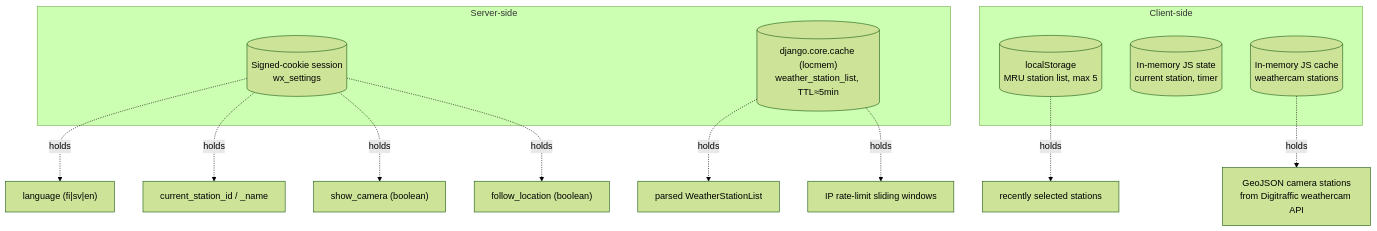
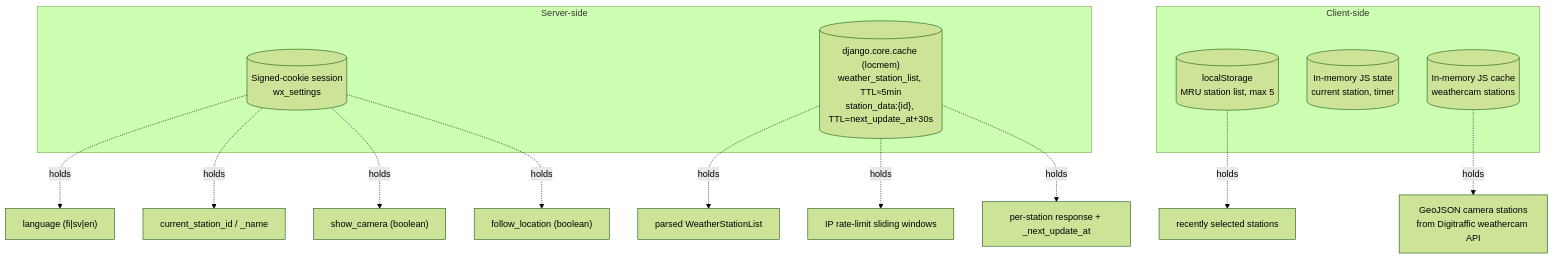
One commit to jjankkil/weatherview-django changed the sixth of 9 diagrams in docs/ARCHITECTURE.md. Above: the diagram before and after it, drawn with Mermaid (forest theme). The commit also changed other lines of this file and 7 other files, not shown here.

Commit message:
Fix automatic refresh and improve server-side caching: correct countdown timer cancellation, serve accurate remaining time from cache, bypass cache only on scheduled refresh, fix 90 s TTL caused by dead interval logic

````diff
--- a/docs/ARCHITECTURE.md
+++ b/docs/ARCHITECTURE.md
@@ -338,21 +335,22 @@
 ```mermaid
 flowchart TB
     subgraph Server-side
         S1[("Signed-cookie session<br/>wx_settings")]
-        S2[("django.core.cache (locmem)<br/>weather_station_list, TTL≈5min")]
+        S2[("django.core.cache (locmem)<br/>weather_station_list, TTL≈5min<br/>station_data:{id}, TTL=next_update_at+30s")]
     end
     subgraph Client-side
         C1[("localStorage<br/>MRU station list, max 5")]
         C2[("In-memory JS state<br/>current station, timer")]
         C3[("In-memory JS cache<br/>weathercam stations")]
     end
 
     S1 -.holds.-> K2["language (fi|sv|en)"]
     S1 -.holds.-> K3["current_station_id / _name"]
     S1 -.holds.-> K6["show_camera (boolean)"]
     S1 -.holds.-> K8["follow_location (boolean)"]
     S2 -.holds.-> K4["parsed WeatherStationList"]
     S2 -.holds.-> K9["IP rate-limit sliding windows"]
+    S2 -.holds.-> K10["per-station response + _next_update_at"]
     C1 -.holds.-> K5["recently selected stations"]
     C3 -.holds.-> K7["GeoJSON camera stations<br/>from Digitraffic weathercam API"]
 ```
````
